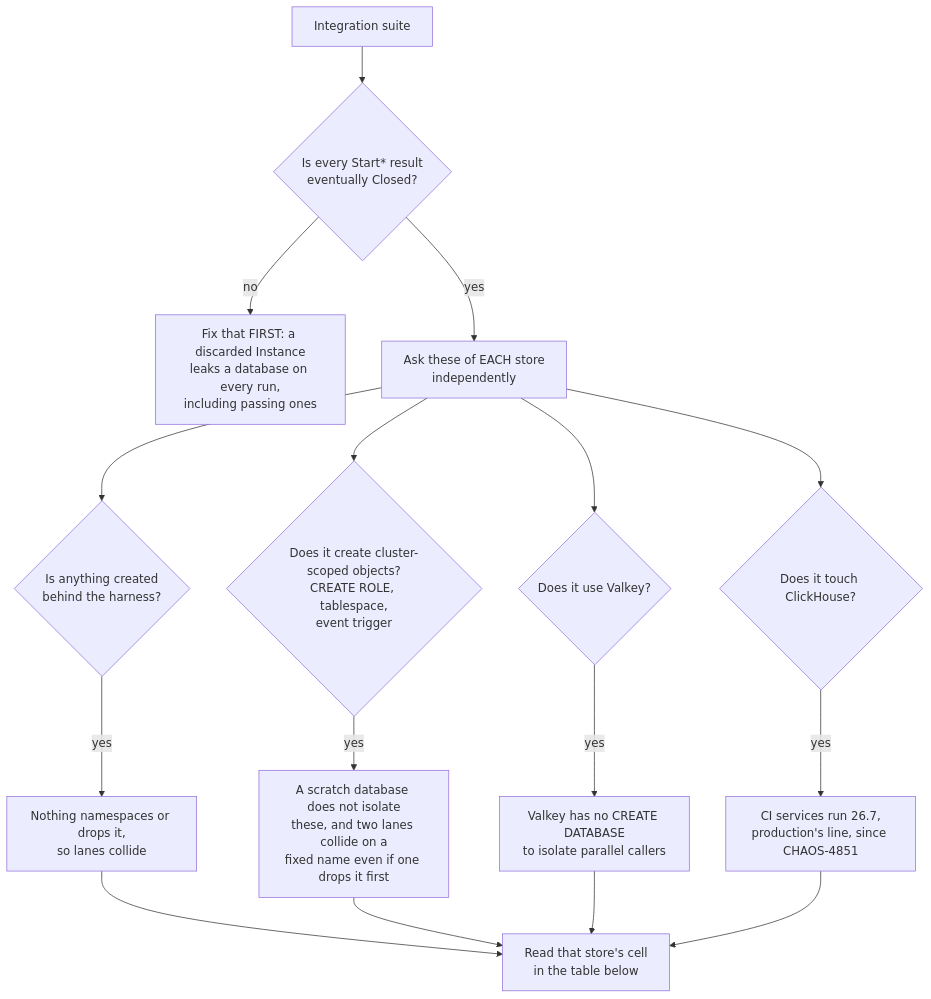
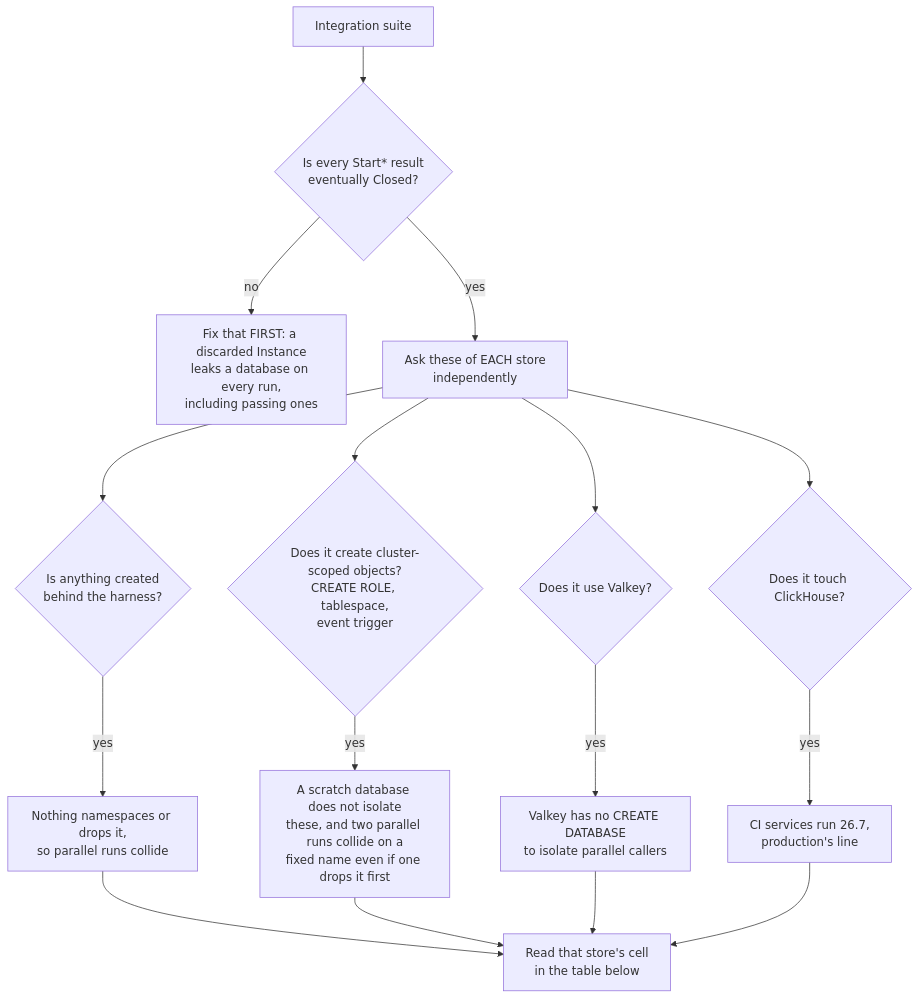
Before and after one commit to full-chaos/dev-health-ops: the diagram in docs/contribute/development/integration-suite-targets.md, drawn with Mermaid. The commit also changed other lines of this file and 51 other files, not shown here.

````diff
--- a/docs/contribute/development/integration-suite-targets.md
+++ b/docs/contribute/development/integration-suite-targets.md
@@ -88,23 +88,23 @@
 ```mermaid
 flowchart TD
     A[Integration suite] --> P{Is every Start* result<br/>eventually Closed?}
     P -- no --> PF[Fix that FIRST: a discarded Instance<br/>leaks a database on every run,<br/>including passing ones]
     P -- yes --> Q[Ask these of EACH store<br/>independently]
 
     Q --> O{Is anything created<br/>behind the harness?}
-    O -- yes --> O1[Nothing namespaces or drops it,<br/>so lanes collide]
+    O -- yes --> O1[Nothing namespaces or drops it,<br/>so parallel runs collide]
 
     Q --> R{Does it create cluster-scoped objects?<br/>CREATE ROLE, tablespace,<br/>event trigger}
-    R -- yes --> R1[A scratch database does not isolate<br/>these, and two lanes collide on a<br/>fixed name even if one drops it first]
+    R -- yes --> R1[A scratch database does not isolate<br/>these, and two parallel runs collide on a<br/>fixed name even if one drops it first]
 
     Q --> V{Does it use Valkey?}
     V -- yes --> V1[Valkey has no CREATE DATABASE<br/>to isolate parallel callers]
 
     Q --> C{Does it touch ClickHouse?}
-    C -- yes --> C1[CI services run 26.7,<br/>production's line, since CHAOS-4851]
+    C -- yes --> C1[CI services run 26.7,<br/>production's line]
 
     O1 --> T[Read that store's cell<br/>in the table below]
     R1 --> T
     V1 --> T
     C1 --> T
 ```
````
